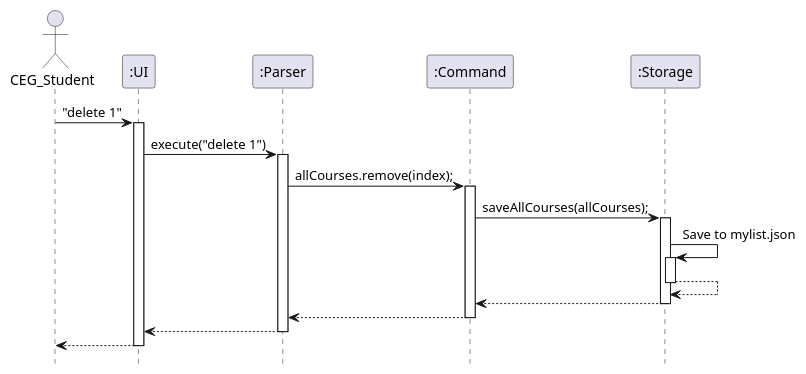
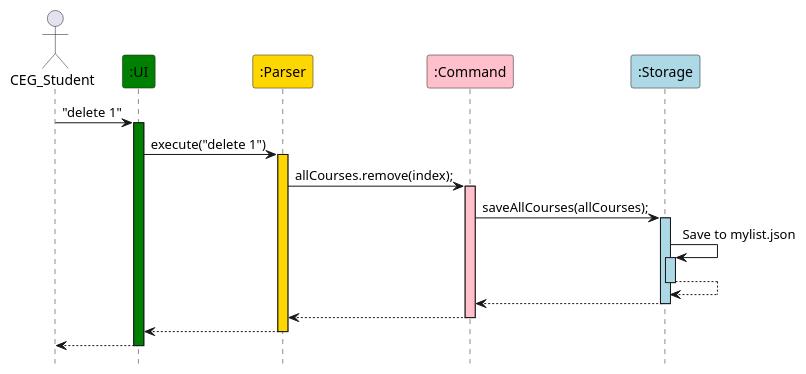
The diagram in uml-diagrams/DesignSequenceDiagram.puml (nus-cs2113-AY2425S1/tp), drawn with PlantUML before and after one commit. The commit also changed 3 other files, not shown here.

Commit message:
Add colour to charts

```diff
--- a/uml-diagrams/DesignSequenceDiagram.puml
+++ b/uml-diagrams/DesignSequenceDiagram.puml
@@ -1,39 +1,39 @@
 @startuml
 hide footbox
 
 actor CEG_Student
-participant ":UI"
-participant ":Parser"
-participant ":Command"
-participant ":Storage"
+participant ":UI" #green
+participant ":Parser" #gold
+participant ":Command" #pink
+participant ":Storage" #lightblue
 
 CEG_Student -> ":UI" : "delete 1"
-activate ":UI"
+activate ":UI" #green
 
 ":UI" -> ":Parser" : execute("delete 1")
-activate ":Parser"
+activate ":Parser" #gold
 
 ":Parser" -> ":Command" : allCourses.remove(index);
-activate ":Command"
+activate ":Command" #pink
 
 ":Command" -> ":Storage" : saveAllCourses(allCourses);
-activate ":Storage"
+activate ":Storage" #lightblue
 
 ":Storage" -> ":Storage" : Save to mylist.json
-activate ":Storage"
+activate ":Storage" #lightblue
 
 ":Storage" --> ":Storage"
 deactivate ":Storage"
 ":Storage" --> ":Command"
 deactivate ":Storage"
 
 ":Command" --> ":Parser"
 deactivate ":Command"
 
 ":Parser" --> ":UI"
 deactivate ":Parser"
 
 ":UI" --> CEG_Student
 deactivate ":UI"
 
 @enduml
```
